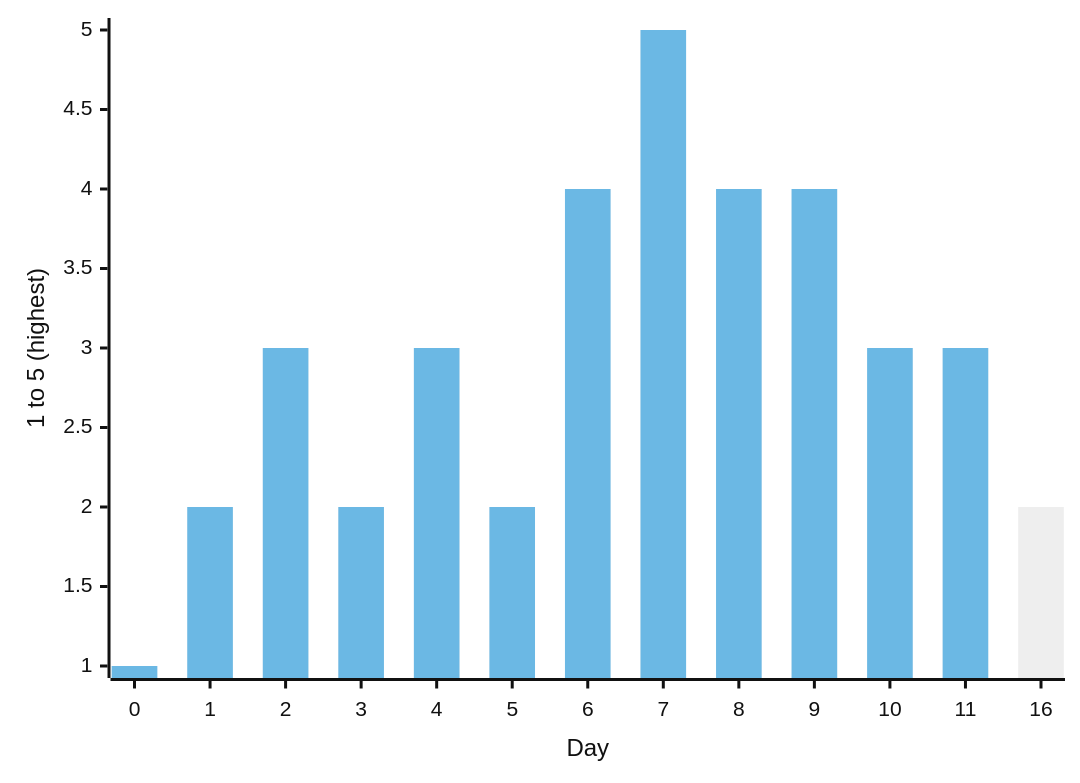
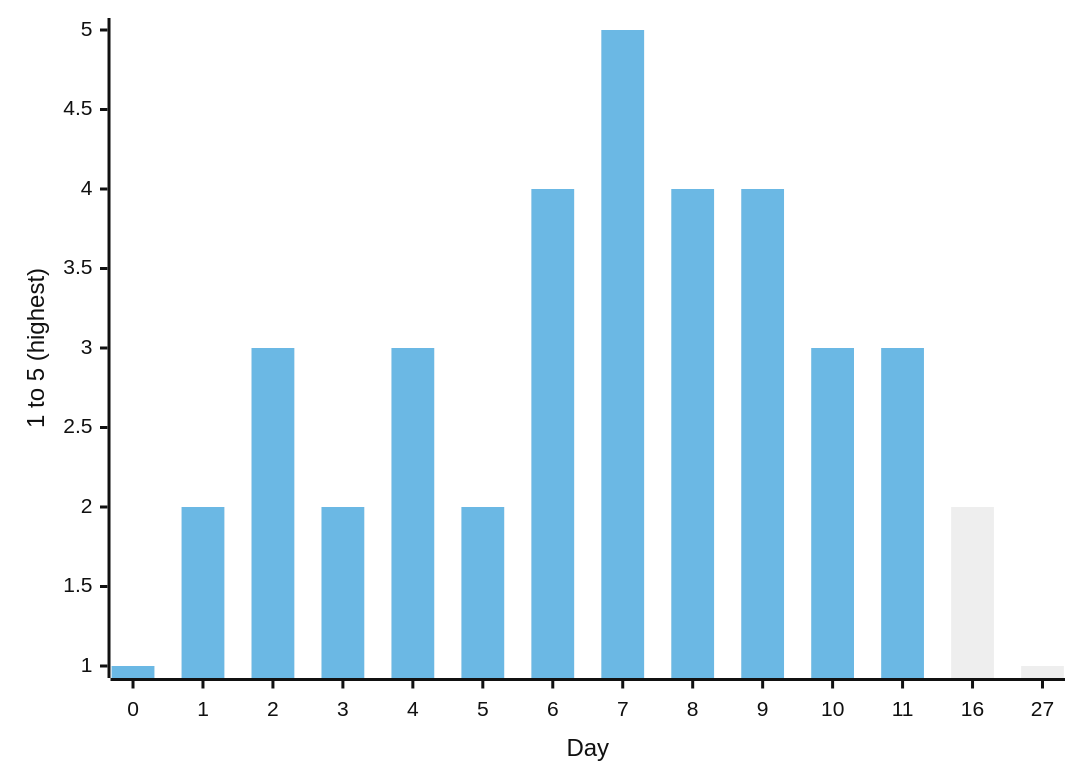
The tenth of 16 diagrams in docs/articles/posts/personal-development/experience-strict-fasting-8days/experience-strict-fasting-8days.md (phil-m-kopp/phil-m-kopp.github.io), drawn with Mermaid (neutral theme) before and after one commit. The commit also changed other lines of this file and 7 other files, not shown here.

````diff
--- a/docs/articles/posts/personal-development/experience-strict-fasting-8days/experience-strict-fasting-8days.md
+++ b/docs/articles/posts/personal-development/experience-strict-fasting-8days/experience-strict-fasting-8days.md
@@ -286,8 +296,8 @@
 ``` mermaid
 xychart-beta
-        x-axis "Day" [0, 1, 2, 3, 4, 5, 6, 7, 8, 9, 10, 11, 16]
+        x-axis "Day" [0, 1, 2, 3, 4, 5, 6, 7, 8, 9, 10, 11, 16, 27]
         y-axis "1 to 5 (highest)" 1 --> 5
 
-        bar "Sleepy" [1, 2, 3, 2, 3, 2, 4, 5, 4, 4, 3, 3, 2]
+        bar "Sleepy" [1, 2, 3, 2, 3, 2, 4, 5, 4, 4, 3, 3, 2, 1]
         bar "Sleepy" [1, 2, 3, 2, 3, 2, 4, 5, 4, 4, 3, 3]
 ```
````
